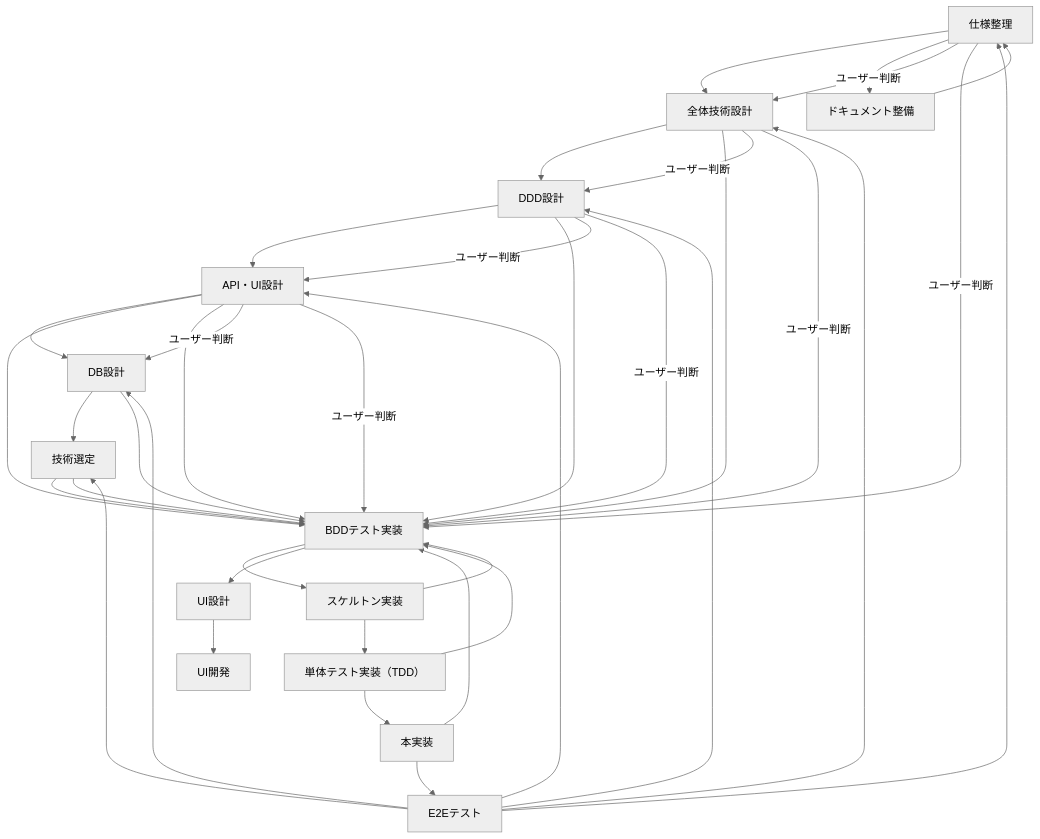
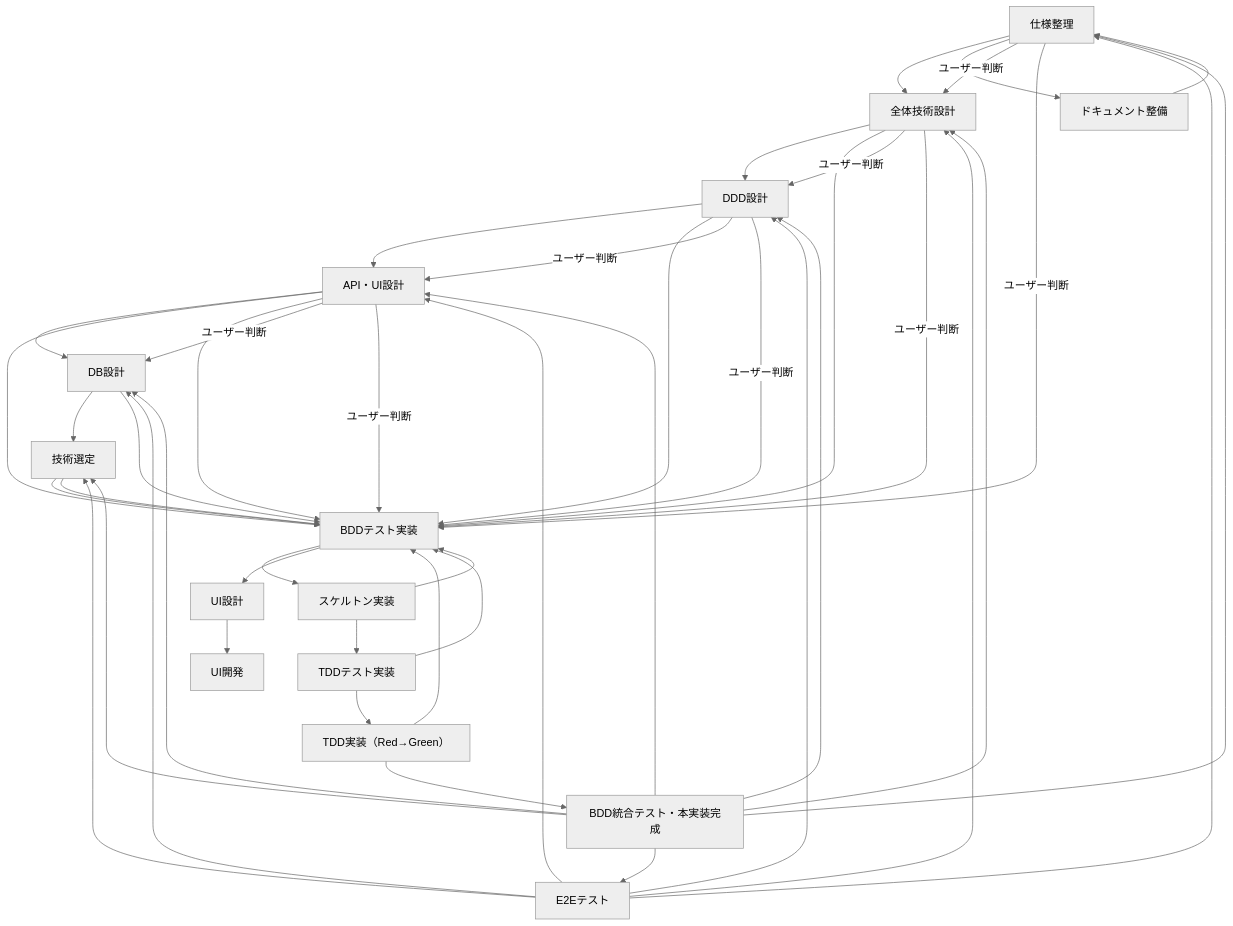
One commit to tanacchi/your-quiz changed the diagram in docs/instructions/shared/workflow/workflow.md. Above: the diagram before and after it, drawn with Mermaid (neutral theme). The commit also changed other lines of this file, not shown here.

Commit message:
ワークフロープロセスの業界標準準拠への大幅改善
ユーザーから「workflow.mdとimplementation.mdの整合性確認」
指示を受け、2024年業界標準に基づく包括的な見直しを実施。

- Test-First開発原則の徹底：TDD→実装の順序を明確化
- BDD-Upfront手法の導入：要件フェーズでのBDD先行実装
- 12工程ワークフローへの拡張：TDD工程の分離と明確化
- Mermaidダイアグラムの直感的改善：A,B,C→SPEC,ARCH,DDD
- 問題解決エスカレーション：3回試行ルールの体系化

````diff
--- a/docs/instructions/shared/workflow/workflow.md
+++ b/docs/instructions/shared/workflow/workflow.md
@@ -5,44 +5,51 @@
 ```mermaid
 flowchart TD
-  A[仕様整理] --> B[全体技術設計]
-  B --> C[DDD設計]
-  C --> API[API・UI設計]
-  API --> X[DB設計]
-  X --> D[技術選定]
-  D --> E[BDDテスト実装]
-  E --> F[スケルトン実装]
-  API --> E
-  E --> DESIGN[UI設計]
-  DESIGN -->UI[UI開発]
-  F --> G[単体テスト実装（TDD）]
-  G --> H[本実装]
-  H --> I[E2Eテスト]
-  A --> Z[ドキュメント整備]
-  Z --> A
+  SPEC[仕様整理] --> ARCH[全体技術設計]
+  ARCH --> DDD[DDD設計]
+  DDD --> API[API・UI設計]
+  API --> DB[DB設計]
+  DB --> TECH[技術選定]
+  TECH --> BDD[BDDテスト実装]
+  BDD --> SKEL[スケルトン実装]
+  API --> BDD
+  BDD --> UI_DESIGN[UI設計]
+  UI_DESIGN --> UI_DEV[UI開発]
+  SKEL --> TDD_TEST[TDDテスト実装]
+  TDD_TEST --> TDD_IMPL[TDD実装（Red→Green）]
+  TDD_IMPL --> BDD_INTEG[BDD統合テスト・本実装完成]
+  BDD_INTEG --> E2E[E2Eテスト]
+  SPEC --> DOCS[ドキュメント整備]
+  DOCS --> SPEC
 
   %% 反復フロー（要件変更・課題発見時）
-  B --> E
-  C --> E
-  API --> E
-  X --> E
-  D --> E
-  F --> E
-  G --> E
-  H --> E
-  I --> A
-  I --> B
-  I --> C
-  I --> API
-  I --> X
-  I --> D
+  ARCH --> BDD
+  DDD --> BDD
+  API --> BDD
+  DB --> BDD
+  TECH --> BDD
+  SKEL --> BDD
+  TDD_TEST --> BDD
+  TDD_IMPL --> BDD
+  BDD_INTEG --> SPEC
+  BDD_INTEG --> ARCH
+  BDD_INTEG --> DDD
+  BDD_INTEG --> API
+  BDD_INTEG --> DB
+  BDD_INTEG --> TECH
+  E2E --> SPEC
+  E2E --> ARCH
+  E2E --> DDD
+  E2E --> API
+  E2E --> DB
+  E2E --> TECH
 
   %% ユーザー承認が必要な判断ポイント
-  A --> |ユーザー判断| B
-  A --> |ユーザー判断| E
-  B --> |ユーザー判断| C
-  B --> |ユーザー判断| E
-  C --> |ユーザー判断| API
-  C --> |ユーザー判断| E
-  API --> |ユーザー判断| X
-  API --> |ユーザー判断| E
+  SPEC --> |ユーザー判断| ARCH
+  SPEC --> |ユーザー判断| BDD
+  ARCH --> |ユーザー判断| DDD
+  ARCH --> |ユーザー判断| BDD
+  DDD --> |ユーザー判断| API
+  DDD --> |ユーザー判断| BDD
+  API --> |ユーザー判断| DB
+  API --> |ユーザー判断| BDD
 ```
````
